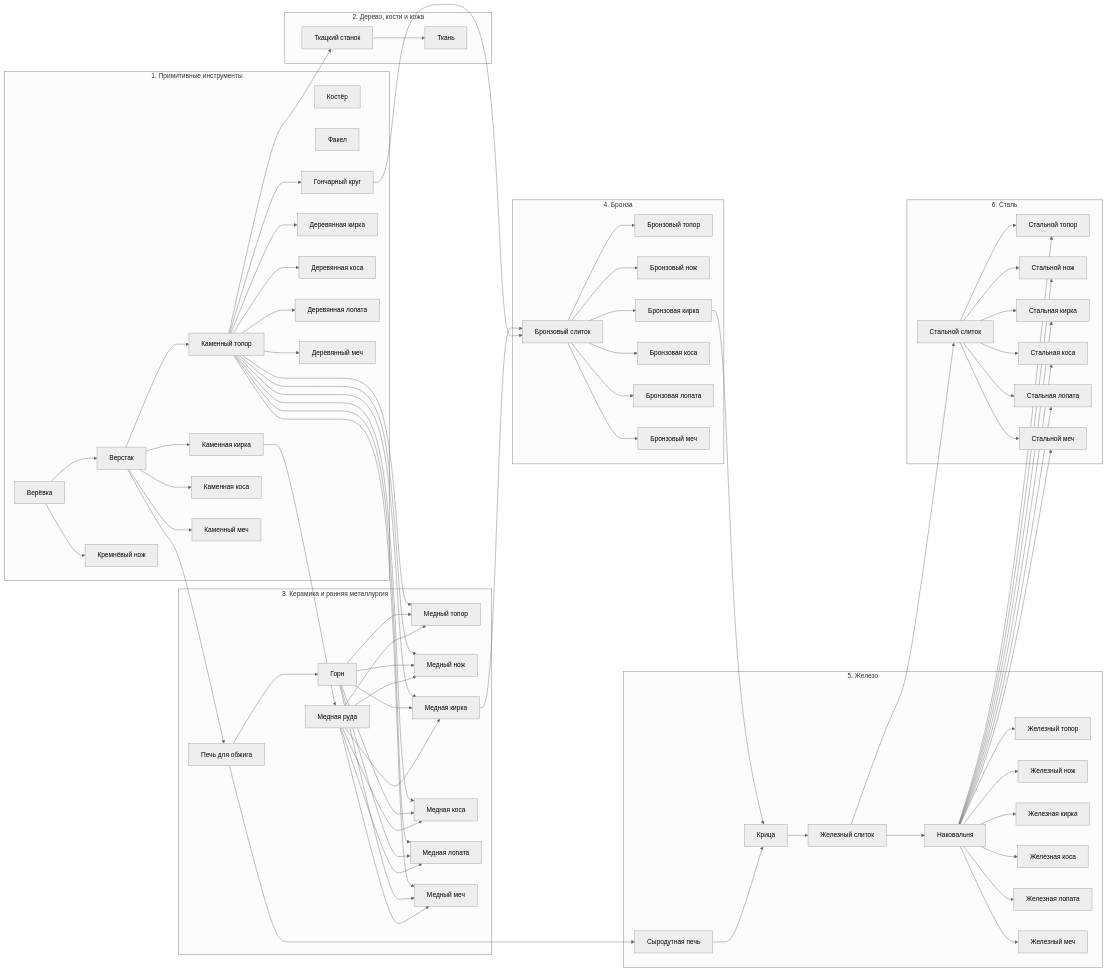
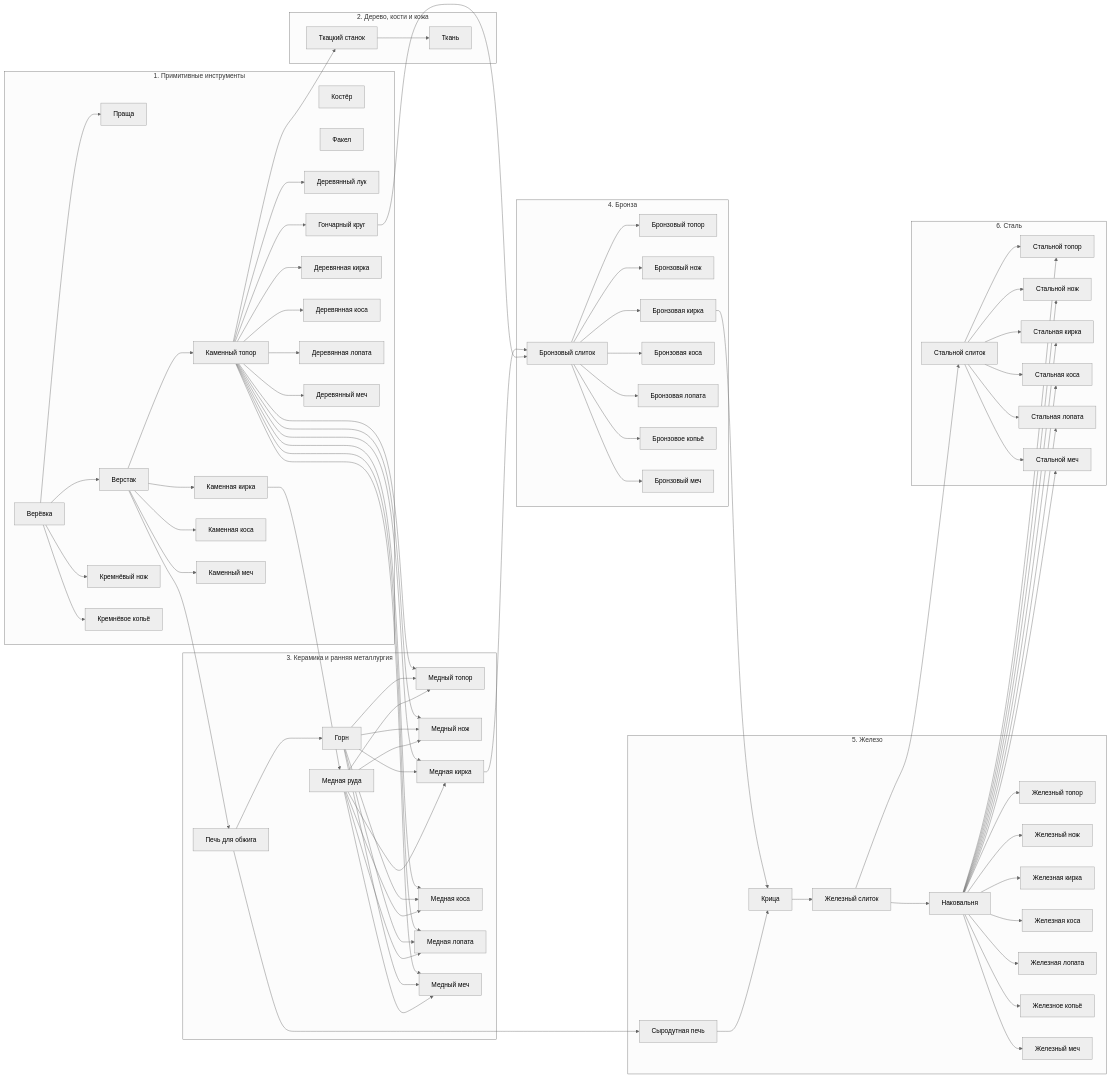
The first of 2 diagrams in docs/generated/content-graph.md (randomboygh/survivium), drawn with Mermaid (neutral theme) before and after one commit. The commit also changed other lines of this file and 50 other files, not shown here.

````diff
--- a/docs/generated/content-graph.md
+++ b/docs/generated/content-graph.md
@@ -414,128 +428,138 @@
   subgraph e1["1. Примитивные инструменты"]
     b0["Костёр"]
     b3["Верёвка"]
-    b4["Факел"]
-    b5["Верстак"]
-    b13["Гончарный круг"]
-    b16["Каменный топор"]
-    b21["Кремнёвый нож"]
-    b26["Каменная кирка"]
-    b27["Деревянная кирка"]
-    b32["Каменная коса"]
-    b33["Деревянная коса"]
-    b38["Деревянная лопата"]
-    b43["Деревянный меч"]
-    b44["Каменный меч"]
+    b4["Праща"]
+    b5["Факел"]
+    b6["Верстак"]
+    b8["Деревянный лук"]
+    b15["Гончарный круг"]
+    b18["Каменный топор"]
+    b23["Кремнёвый нож"]
+    b28["Каменная кирка"]
+    b29["Деревянная кирка"]
+    b34["Каменная коса"]
+    b35["Деревянная коса"]
+    b40["Деревянная лопата"]
+    b45["Кремнёвое копьё"]
+    b48["Деревянный меч"]
+    b49["Каменный меч"]
   end
   subgraph e2["2. Дерево, кости и кожа"]
     b1["Ткань"]
-    b12["Ткацкий станок"]
+    b14["Ткацкий станок"]
   end
   subgraph e3["3. Керамика и ранняя металлургия"]
     b2["Медная руда"]
-    b7["Горн"]
-    b11["Печь для обжига"]
-    b17["Медный топор"]
-    b22["Медный нож"]
-    b28["Медная кирка"]
-    b34["Медная коса"]
-    b39["Медная лопата"]
-    b45["Медный меч"]
+    b9["Горн"]
+    b13["Печь для обжига"]
+    b19["Медный топор"]
+    b24["Медный нож"]
+    b30["Медная кирка"]
+    b36["Медная коса"]
+    b41["Медная лопата"]
+    b50["Медный меч"]
   end
   subgraph e4["4. Бронза"]
-    b14["Бронзовый слиток"]
-    b18["Бронзовый топор"]
-    b23["Бронзовый нож"]
-    b29["Бронзовая кирка"]
-    b35["Бронзовая коса"]
-    b40["Бронзовая лопата"]
-    b46["Бронзовый меч"]
+    b16["Бронзовый слиток"]
+    b20["Бронзовый топор"]
+    b25["Бронзовый нож"]
+    b31["Бронзовая кирка"]
+    b37["Бронзовая коса"]
+    b42["Бронзовая лопата"]
+    b46["Бронзовое копьё"]
+    b51["Бронзовый меч"]
   end
   subgraph e5["5. Железо"]
-    b6["Сыродутная печь"]
-    b8["Крица"]
-    b9["Железный слиток"]
-    b10["Наковальня"]
-    b19["Железный топор"]
-    b24["Железный нож"]
-    b30["Железная кирка"]
-    b36["Железная коса"]
-    b41["Железная лопата"]
-    b47["Железный меч"]
+    b7["Сыродутная печь"]
+    b10["Крица"]
+    b11["Железный слиток"]
+    b12["Наковальня"]
+    b21["Железный топор"]
+    b26["Железный нож"]
+    b32["Железная кирка"]
+    b38["Железная коса"]
+    b43["Железная лопата"]
+    b47["Железное копьё"]
+    b52["Железный меч"]
   end
   subgraph e6["6. Сталь"]
-    b15["Стальной слиток"]
-    b20["Стальной топор"]
-    b25["Стальной нож"]
-    b31["Стальная кирка"]
-    b37["Стальная коса"]
-    b42["Стальная лопата"]
-    b48["Стальной меч"]
+    b17["Стальной слиток"]
+    b22["Стальной топор"]
+    b27["Стальной нож"]
+    b33["Стальная кирка"]
+    b39["Стальная коса"]
+    b44["Стальная лопата"]
+    b53["Стальной меч"]
   end
-  b12 --> b1
-  b26 --> b2
-  b3 --> b5
-  b11 --> b6
-  b11 --> b7
-  b6 --> b8
-  b29 --> b8
-  b8 --> b9
-  b9 --> b10
-  b5 --> b11
-  b16 --> b12
-  b16 --> b13
-  b13 --> b14
-  b28 --> b14
-  b9 --> b15
-  b5 --> b16
-  b2 --> b17
-  b7 --> b17
-  b16 --> b17
-  b14 --> b18
-  b10 --> b19
-  b10 --> b20
-  b15 --> b20
-  b3 --> b21
-  b2 --> b22
-  b7 --> b22
-  b16 --> b22
-  b14 --> b23
-  b10 --> b24
-  b10 --> b25
-  b15 --> b25
-  b5 --> b26
-  b16 --> b27
-  b2 --> b28
-  b7 --> b28
-  b16 --> b28
-  b14 --> b29
-  b10 --> b30
-  b10 --> b31
-  b15 --> b31
-  b5 --> b32
-  b16 --> b33
-  b2 --> b34
-  b7 --> b34
-  b16 --> b34
-  b14 --> b35
-  b10 --> b36
-  b10 --> b37
-  b15 --> b37
-  b16 --> b38
-  b2 --> b39
-  b7 --> b39
-  b16 --> b39
-  b14 --> b40
-  b10 --> b41
-  b10 --> b42
-  b15 --> b42
-  b16 --> b43
-  b5 --> b44
-  b2 --> b45
-  b7 --> b45
-  b16 --> b45
-  b14 --> b46
-  b10 --> b47
-  b10 --> b48
-  b15 --> b48
+  b14 --> b1
+  b28 --> b2
+  b3 --> b4
+  b3 --> b6
+  b13 --> b7
+  b18 --> b8
+  b13 --> b9
+  b7 --> b10
+  b31 --> b10
+  b10 --> b11
+  b11 --> b12
+  b6 --> b13
+  b18 --> b14
+  b18 --> b15
+  b15 --> b16
+  b30 --> b16
+  b11 --> b17
+  b6 --> b18
+  b2 --> b19
+  b9 --> b19
+  b18 --> b19
+  b16 --> b20
+  b12 --> b21
+  b12 --> b22
+  b17 --> b22
+  b3 --> b23
+  b2 --> b24
+  b9 --> b24
+  b18 --> b24
+  b16 --> b25
+  b12 --> b26
+  b12 --> b27
+  b17 --> b27
+  b6 --> b28
+  b18 --> b29
+  b2 --> b30
+  b9 --> b30
+  b18 --> b30
+  b16 --> b31
+  b12 --> b32
+  b12 --> b33
+  b17 --> b33
+  b6 --> b34
+  b18 --> b35
+  b2 --> b36
+  b9 --> b36
+  b18 --> b36
+  b16 --> b37
+  b12 --> b38
+  b12 --> b39
+  b17 --> b39
+  b18 --> b40
+  b2 --> b41
+  b9 --> b41
+  b18 --> b41
+  b16 --> b42
+  b12 --> b43
+  b12 --> b44
+  b17 --> b44
+  b3 --> b45
+  b16 --> b46
+  b12 --> b47
+  b18 --> b48
+  b6 --> b49
+  b2 --> b50
+  b9 --> b50
+  b18 --> b50
+  b16 --> b51
+  b12 --> b52
+  b12 --> b53
+  b17 --> b53
 ```
````
